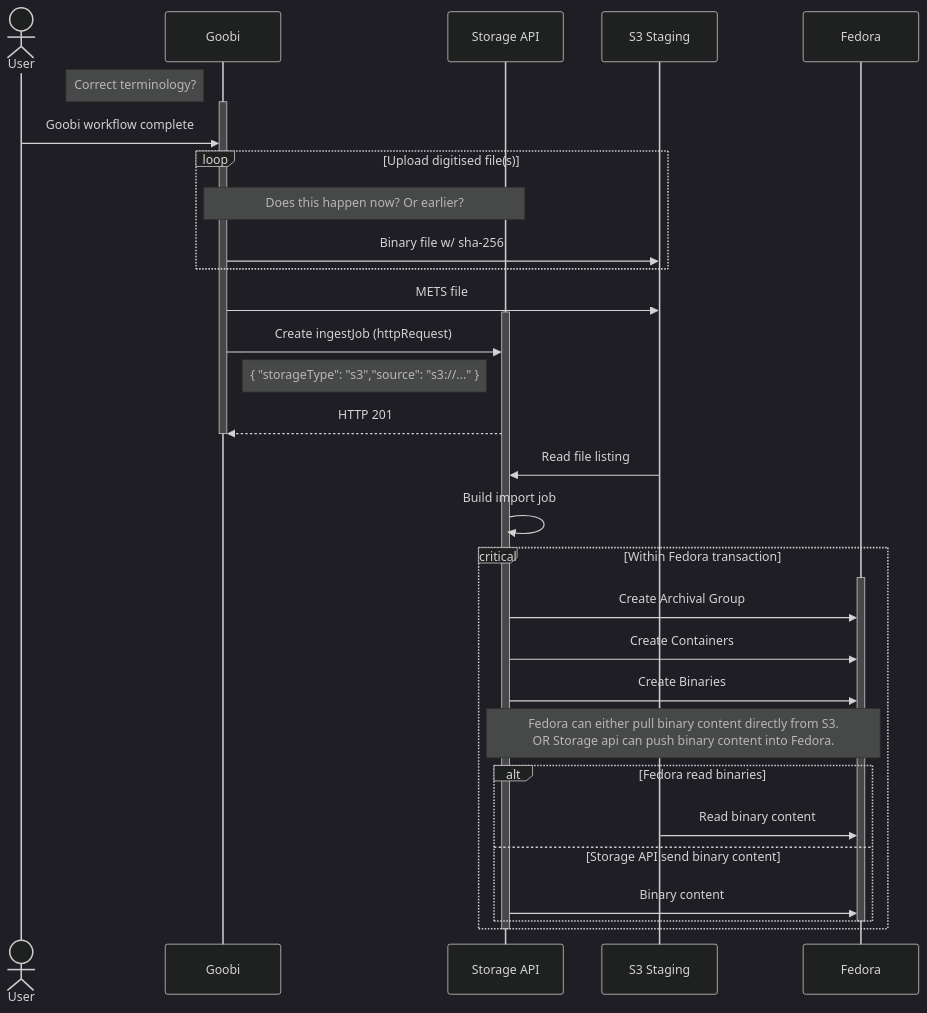
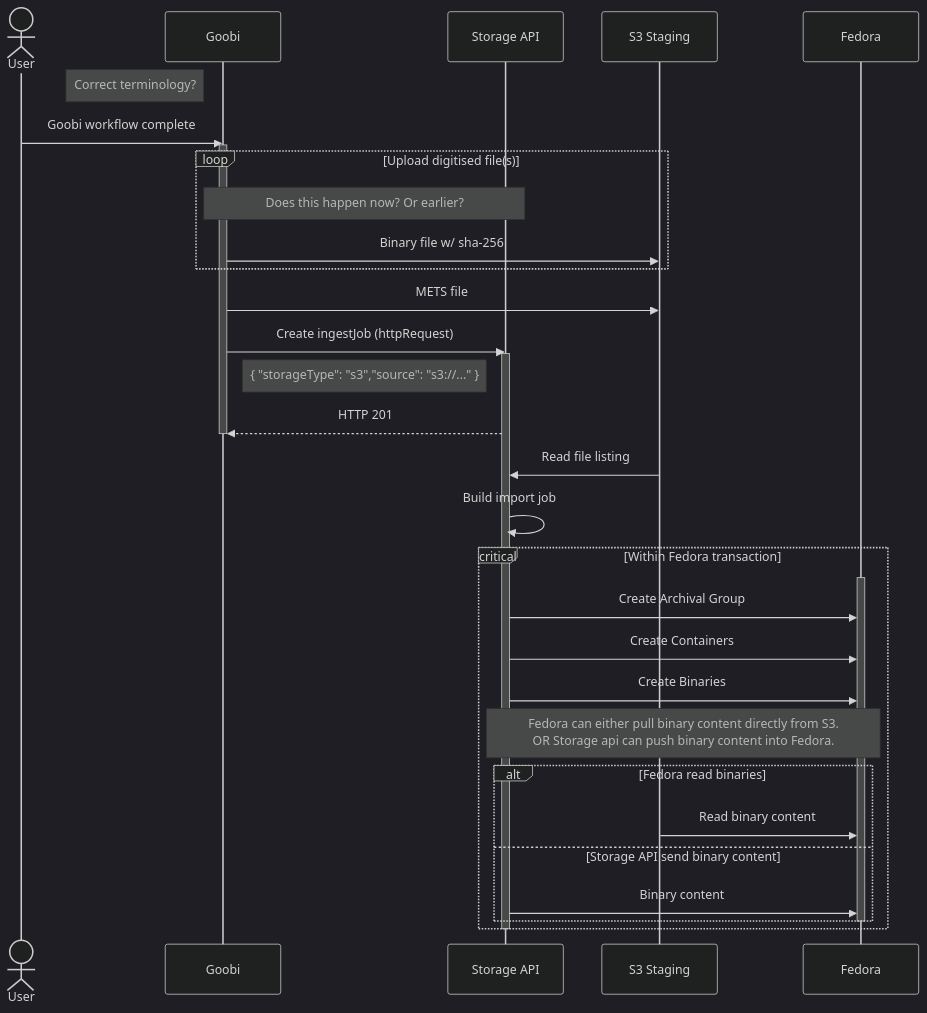
Before and after one commit to digirati-co-uk/digital-preservation-docs: the first of 3 diagrams in sequence-diagrams/goobi_api_interaction.md, drawn with Mermaid (dark theme). The commit also changed other lines of this file and 1 other file, not shown here.

Commit message:
Add goobi->s3 interaction

````diff
--- a/sequence-diagrams/goobi_api_interaction.md
+++ b/sequence-diagrams/goobi_api_interaction.md
@@ -34,38 +34,38 @@
 ```mermaid
 sequenceDiagram
   actor User
   participant G as Goobi
   participant S as Storage API
   participant S3 as S3 Staging
   participant F as Fedora
 
   note left of G:Correct terminology?
+  User->>G: Goobi workflow complete
   activate G
-  User->>G: Goobi workflow complete
   loop Upload digitised file(s)
     note over G,S: Does this happen now? Or earlier?
     G->>S3: Binary file w/ sha-256
   end
   G->>S3: METS file
+  G->>S: Create ingestJob (httpRequest)
   activate S
-  G->>S: Create ingestJob (httpRequest)
   note left of S: { "storageType": "s3","source": "s3://..." }
   S-->>G: HTTP 201
   deactivate G
   S3->>S: Read file listing
   S->>S: Build import job
   critical Within Fedora transaction
     activate F
     S->>F: Create Archival Group
     S->>F: Create Containers
     S->>F: Create Binaries
     note over S,F: Fedora can either pull binary content directly from S3.<br>OR Storage api can push binary content into Fedora.
     alt Fedora read binaries      
       S3->>F: Read binary content  
     else Storage API send binary content
       S->>F:Binary content
     end    
     deactivate F
   end
   deactivate S
 ```
````
